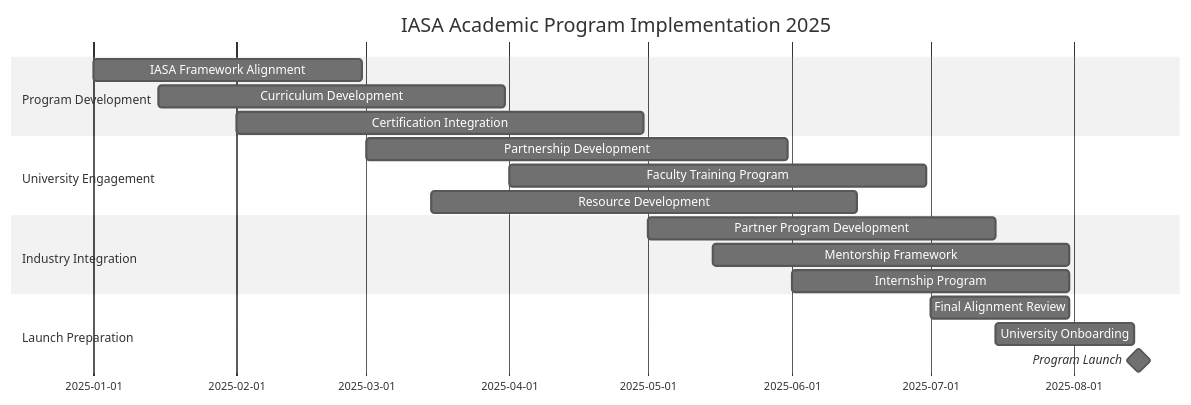
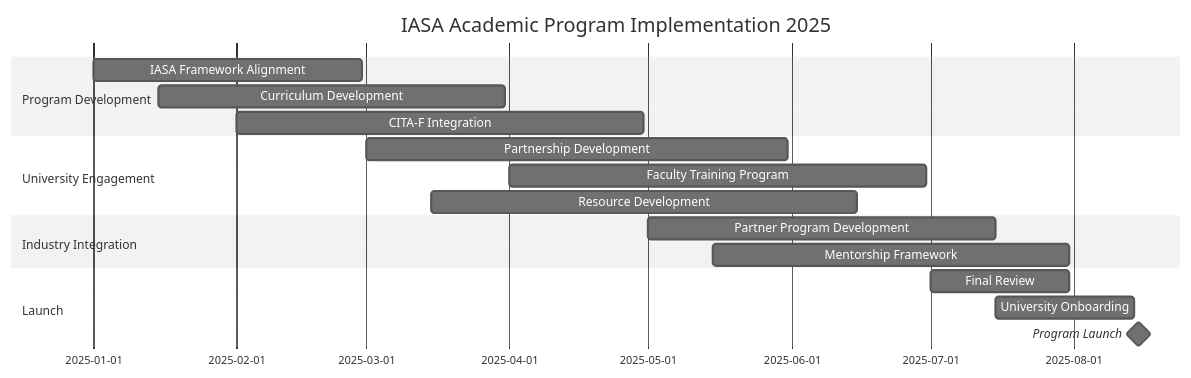
One commit to AliceNN-ucdenver/Iasa changed the diagram in Iasa-academic-proposal.md. Above: the diagram before and after it, drawn with Mermaid (neutral theme). The commit also changed other lines of this file, not shown here.

````diff
--- a/Iasa-academic-proposal.md
+++ b/Iasa-academic-proposal.md
@@ -170,25 +126,24 @@
 ```mermaid
 gantt
     title IASA Academic Program Implementation 2025
     dateFormat  YYYY-MM-DD
     
     section Program Development
     IASA Framework Alignment     :2025-01-01, 2025-02-28
     Curriculum Development      :2025-01-15, 2025-03-31
-    Certification Integration   :2025-02-01, 2025-04-30
+    CITA-F Integration         :2025-02-01, 2025-04-30
     
     section University Engagement
     Partnership Development     :2025-03-01, 2025-05-31
     Faculty Training Program    :2025-04-01, 2025-06-30
     Resource Development       :2025-03-15, 2025-06-15
     
     section Industry Integration
     Partner Program Development :2025-05-01, 2025-07-15
     Mentorship Framework       :2025-05-15, 2025-07-31
-    Internship Program         :2025-06-01, 2025-07-31
     
-    section Launch Preparation
-    Final Alignment Review     :2025-07-01, 2025-07-31
-    University Onboarding      :2025-07-15, 2025-08-14
+    section Launch
+    Final Review              :2025-07-01, 2025-07-31
+    University Onboarding     :2025-07-15, 2025-08-14
     Program Launch            :milestone, 2025-08-15, 2025-08-15
 ```
````
